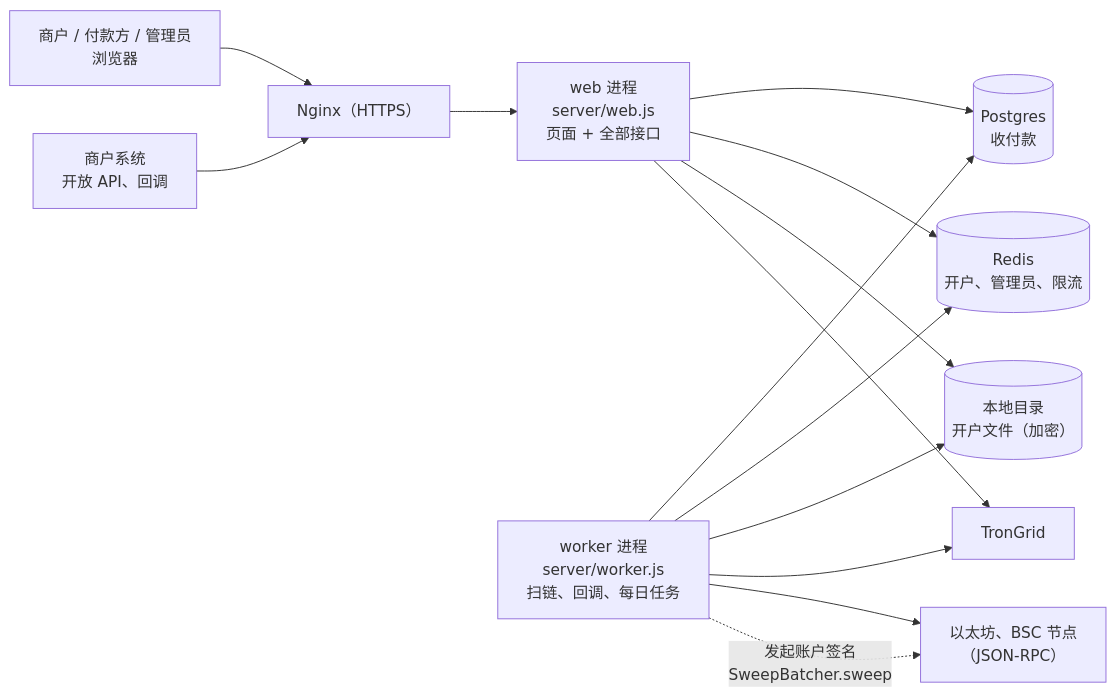
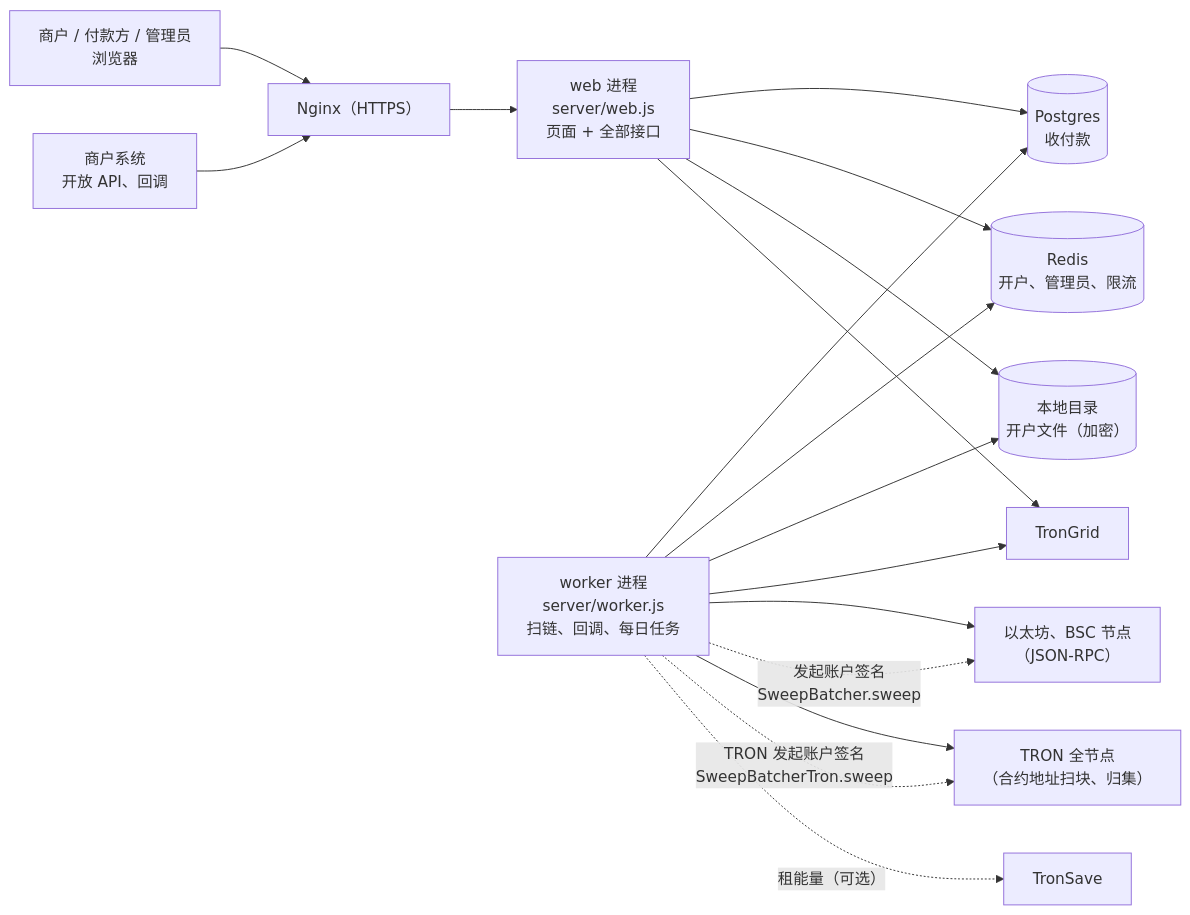
Before and after one commit to dollar3651314/TopUP: the diagram in 项目地图.md, drawn with Mermaid. The commit also changed other lines of this file and 28 other files, not shown here.

````diff
--- a/项目地图.md
+++ b/项目地图.md
@@ -6,14 +6,17 @@
 ```mermaid
 flowchart LR
   U["商户 / 付款方 / 管理员<br/>浏览器"] --> NG["Nginx（HTTPS）"]
   API["商户系统<br/>开放 API、回调"] --> NG
   NG --> WEB["web 进程<br/>server/web.js<br/>页面 + 全部接口"]
   WK["worker 进程<br/>server/worker.js<br/>扫链、回调、每日任务"]
   WEB & WK --> PG[("Postgres<br/>收付款")]
   WEB & WK --> RD[("Redis<br/>开户、管理员、限流")]
   WEB & WK --> FS[("本地目录<br/>开户文件（加密）")]
   WK --> TG["TronGrid"]
   WEB --> TG
   WK --> EVM["以太坊、BSC 节点<br/>（JSON-RPC）"]
   WK -. "发起账户签名<br/>SweepBatcher.sweep" .-> EVM
+  WK --> TN["TRON 全节点<br/>（合约地址扫块、归集）"]
+  WK -. "TRON 发起账户签名<br/>SweepBatcherTron.sweep" .-> TN
+  WK -. "租能量（可选）" .-> TS["TronSave"]
 ```
````
